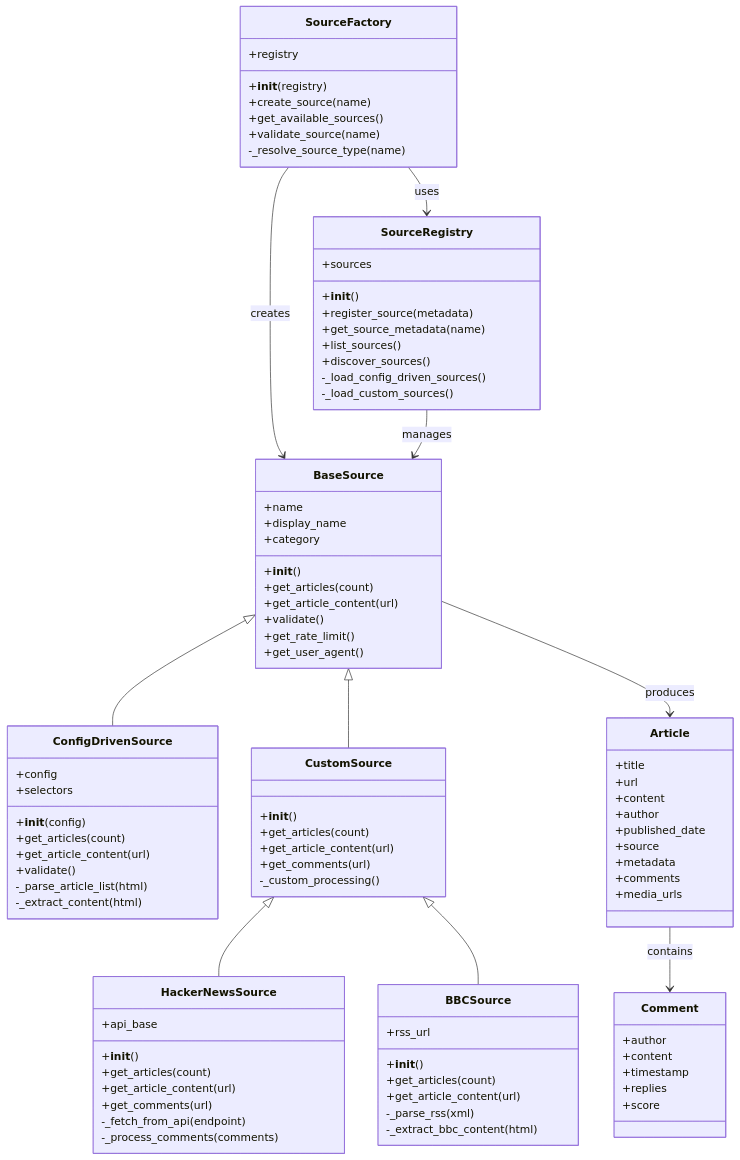
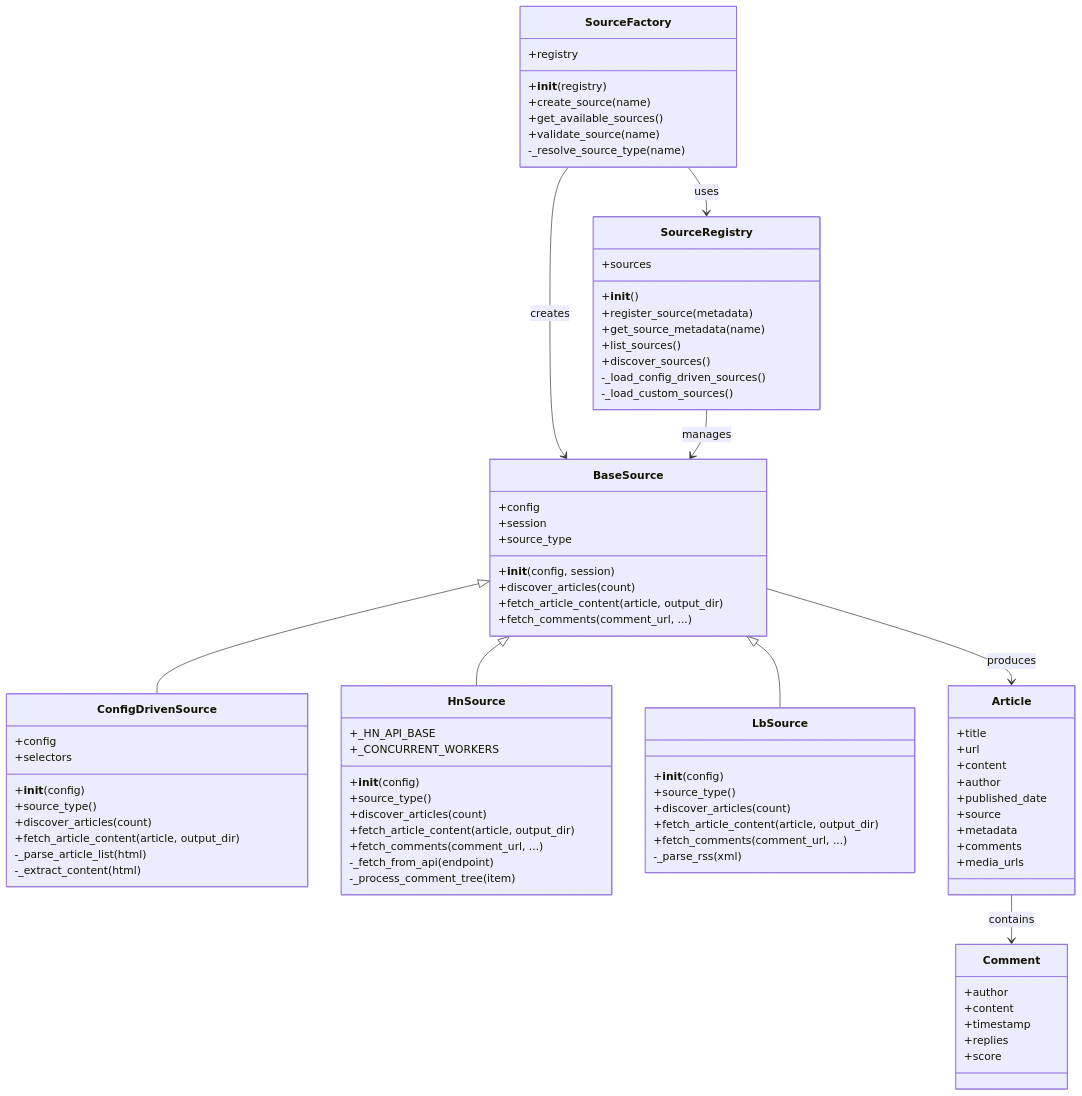
One commit to stayukasabov/capcat changed the first of 4 diagrams in docs/diagrams/class_diagrams.md. Above: the diagram before and after it, drawn with Mermaid. The commit also changed 4 other files, not shown here.

First line of the commit message:
fix: correct inaccurate Mermaid diagrams to match actual codebase

````diff
--- a/docs/diagrams/class_diagrams.md
+++ b/docs/diagrams/class_diagrams.md
@@ -5,53 +5,45 @@
 ```mermaid
 classDiagram
     class BaseSource {
-        +name
-        +display_name
-        +category
-        +__init__()
-        +get_articles(count)
-        +get_article_content(url)
-        +validate()
-        +get_rate_limit()
-        +get_user_agent()
+        +config
+        +session
+        +source_type
+        +__init__(config, session)
+        +discover_articles(count)
+        +fetch_article_content(article, output_dir)
+        +fetch_comments(comment_url, ...)
     }
 
     class ConfigDrivenSource {
         +config
         +selectors
         +__init__(config)
-        +get_articles(count)
-        +get_article_content(url)
-        +validate()
+        +source_type()
+        +discover_articles(count)
+        +fetch_article_content(article, output_dir)
         -_parse_article_list(html)
         -_extract_content(html)
     }
 
-    class CustomSource {
-        +__init__()
-        +get_articles(count)
-        +get_article_content(url)
-        +get_comments(url)
-        -_custom_processing()
+    class HnSource {
+        +_HN_API_BASE
+        +_CONCURRENT_WORKERS
+        +__init__(config)
+        +source_type()
+        +discover_articles(count)
+        +fetch_article_content(article, output_dir)
+        +fetch_comments(comment_url, ...)
+        -_fetch_from_api(endpoint)
+        -_process_comment_tree(item)
     }
 
-    class HackerNewsSource {
-        +api_base
-        +__init__()
-        +get_articles(count)
-        +get_article_content(url)
-        +get_comments(url)
-        -_fetch_from_api(endpoint)
-        -_process_comments(comments)
-    }
-
-    class BBCSource {
-        +rss_url
-        +__init__()
-        +get_articles(count)
-        +get_article_content(url)
+    class LbSource {
+        +__init__(config)
+        +source_type()
+        +discover_articles(count)
+        +fetch_article_content(article, output_dir)
+        +fetch_comments(comment_url, ...)
         -_parse_rss(xml)
-        -_extract_bbc_content(html)
     }
 
     class SourceFactory {
@@ -95,9 +87,8 @@
     }
 
     BaseSource <|-- ConfigDrivenSource
-    BaseSource <|-- CustomSource
-    CustomSource <|-- HackerNewsSource
-    CustomSource <|-- BBCSource
+    BaseSource <|-- HnSource
+    BaseSource <|-- LbSource
     SourceFactory --> BaseSource  : creates
     SourceFactory --> SourceRegistry  : uses
     SourceRegistry --> BaseSource  : manages
````
